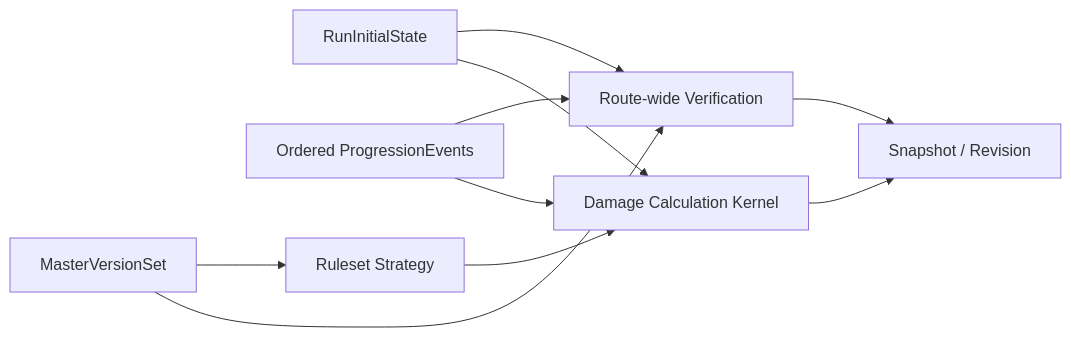
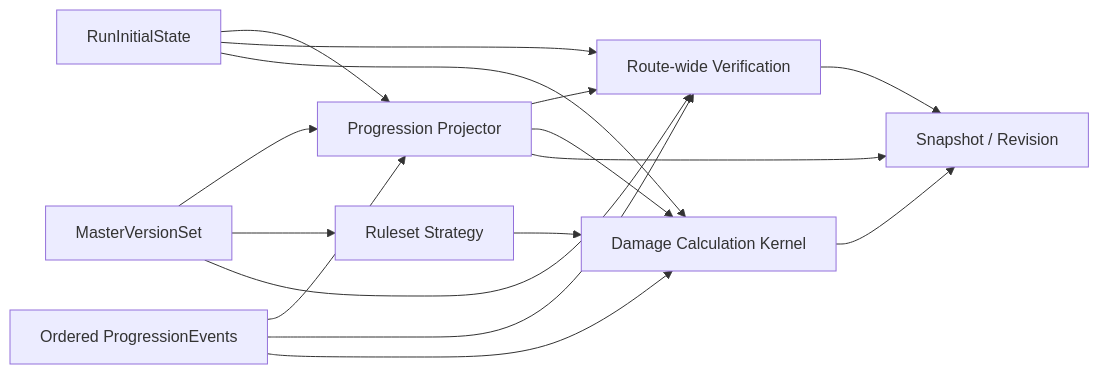
The diagram in docs/designs/pokemon-story-damage-calculator-api-foundation.md (p-o-ke-nae/pokemondamagecalculatorforstory), drawn with Mermaid before and after one commit. The commit also changed other lines of this file and 17 other files, not shown here.

````diff
--- a/docs/designs/pokemon-story-damage-calculator-api-foundation.md
+++ b/docs/designs/pokemon-story-damage-calculator-api-foundation.md
@@ -61,20 +63,27 @@
 ```mermaid
 flowchart LR
     IS[RunInitialState]
     EV[Ordered ProgressionEvents]
     MV[MasterVersionSet]
     RS[Ruleset Strategy]
+    PR[Progression Projector]
     RV[Route-wide Verification]
     DC[Damage Calculation Kernel]
     SH[Snapshot / Revision]
 
+    IS --> PR
+    EV --> PR
+    MV --> PR
     IS --> RV
     EV --> RV
     MV --> RS
     MV --> RV
     RS --> DC
+    PR --> RV
     IS --> DC
     EV --> DC
+    PR --> DC
     RV --> SH
+    PR --> SH
     DC --> SH
 ```
````
